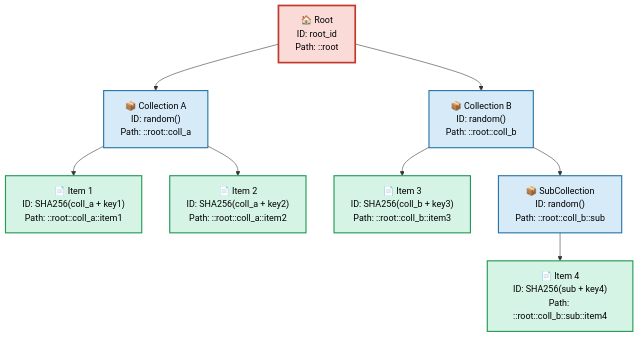
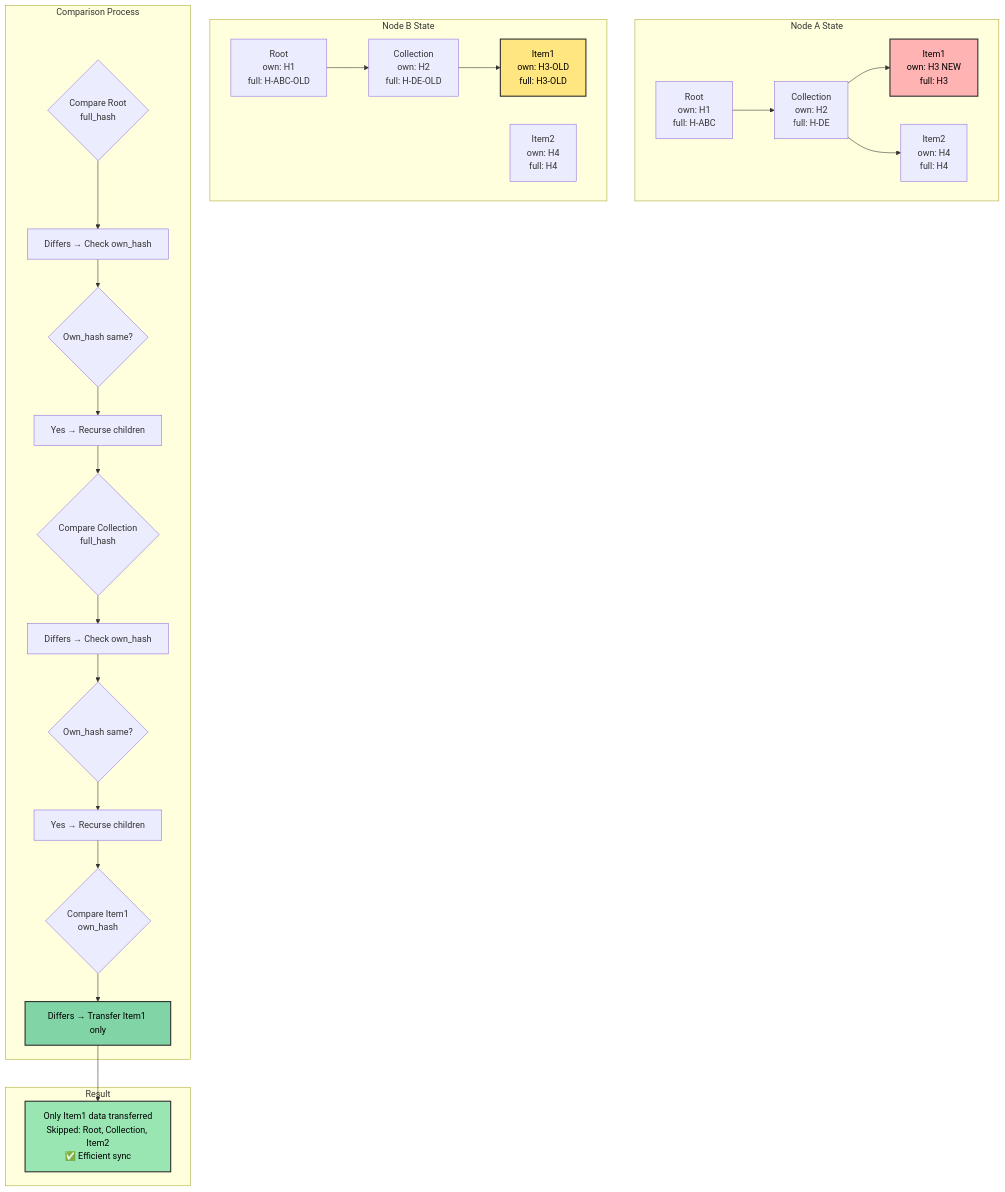
The seventh of 8 diagrams in crates/storage/README.md (calimero-network/core), drawn with Mermaid before and after one commit. The commit also changed other lines of this file and 155 other files, not shown here.

````diff
--- a/crates/storage/README.md
+++ b/crates/storage/README.md
@@ -302,32 +689,52 @@
 ```mermaid
-graph TD
-    Root["🏠 Root<br/>ID: root_id<br/>Path: ::root"]
+graph TB
+    subgraph "Node A State"
+        A[Root<br/>own: H1<br/>full: H-ABC]
+        AC1[Collection<br/>own: H2<br/>full: H-DE]
+        AC2[Item1<br/>own: H3 NEW<br/>full: H3]
+        AC3[Item2<br/>own: H4<br/>full: H4]
+        
+        A --> AC1
+        AC1 --> AC2
+        AC1 --> AC3
+    end
     
-    CollA["📦 Collection A<br/>ID: random()<br/>Path: ::root::coll_a"]
-    CollB["📦 Collection B<br/>ID: random()<br/>Path: ::root::coll_b"]
+    subgraph "Node B State"
+        B[Root<br/>own: H1<br/>full: H-ABC-OLD]
+        BC1[Collection<br/>own: H2<br/>full: H-DE-OLD]
+        BC2[Item1<br/>own: H3-OLD<br/>full: H3-OLD]
+        BC3[Item2<br/>own: H4<br/>full: H4]
+        
+        B --> BC1
+        BC1 --> BC2
+        BC3
+    end
     
-    Item1["📄 Item 1<br/>ID: SHA256(coll_a + key1)<br/>Path: ::root::coll_a::item1"]
-    Item2["📄 Item 2<br/>ID: SHA256(coll_a + key2)<br/>Path: ::root::coll_a::item2"]
+    subgraph "Comparison Process"
+        C1{Compare Root<br/>full_hash}
+        C2[Differs → Check own_hash]
+        C3{Own_hash same?}
+        C4[Yes → Recurse children]
+        C5{Compare Collection<br/>full_hash}
+        C6[Differs → Check own_hash]
+        C7{Own_hash same?}
+        C8[Yes → Recurse children]
+        C9{Compare Item1<br/>own_hash}
+        C10[Differs → Transfer Item1 only]
+        
+        C1 --> C2 --> C3 --> C4
+        C4 --> C5 --> C6 --> C7 --> C8
+        C8 --> C9 --> C10
+    end
     
-    Item3["📄 Item 3<br/>ID: SHA256(coll_b + key3)<br/>Path: ::root::coll_b::item3"]
+    subgraph "Result"
+        R[Only Item1 data transferred<br/>Skipped: Root, Collection, Item2<br/>✅ Efficient sync]
+    end
     
-    SubColl["📦 SubCollection<br/>ID: random()<br/>Path: ::root::coll_b::sub"]
-    Item4["📄 Item 4<br/>ID: SHA256(sub + key4)<br/>Path: ::root::coll_b::sub::item4"]
+    C10 --> R
     
-    Root --> CollA
-    Root --> CollB
-    CollA --> Item1
-    CollA --> Item2
-    CollB --> Item3
-    CollB --> SubColl
-    SubColl --> Item4
-    
-    style Root fill:#FADBD8,stroke:#C0392B,stroke-width:3px,color:#000
-    style CollA fill:#D6EAF8,stroke:#2874A6,stroke-width:2px,color:#000
-    style CollB fill:#D6EAF8,stroke:#2874A6,stroke-width:2px,color:#000
-    style SubColl fill:#D6EAF8,stroke:#2874A6,stroke-width:2px,color:#000
-    style Item1 fill:#D5F4E6,stroke:#229954,stroke-width:2px,color:#000
-    style Item2 fill:#D5F4E6,stroke:#229954,stroke-width:2px,color:#000
-    style Item3 fill:#D5F4E6,stroke:#229954,stroke-width:2px,color:#000
-    style Item4 fill:#D5F4E6,stroke:#229954,stroke-width:2px,color:#000
+    style AC2 fill:#ffb3b3,stroke:#333,stroke-width:2px,color:#000
+    style BC2 fill:#ffe680,stroke:#333,stroke-width:2px,color:#000
+    style C10 fill:#80d4a6,stroke:#333,stroke-width:2px,color:#000
+    style R fill:#99e6b3,stroke:#333,stroke-width:2px,color:#000
 ```
````
